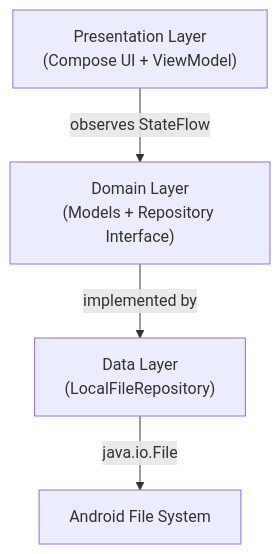
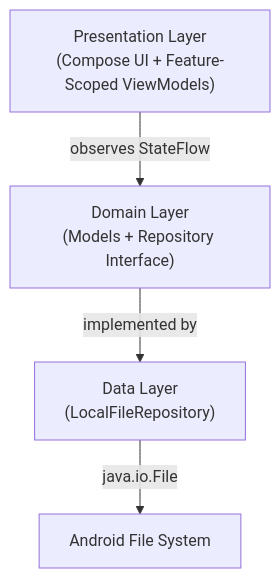
Before and after one commit to qtremors/arcile: the diagram in DEVELOPMENT.md, drawn with Mermaid. The commit also changed other lines of this file and 15 other files, not shown here.

````diff
--- a/DEVELOPMENT.md
+++ b/DEVELOPMENT.md
@@ -33,6 +33,6 @@
 ```mermaid
 graph TD
-    A["Presentation Layer<br/>(Compose UI + ViewModel)"] -->|observes StateFlow| B["Domain Layer<br/>(Models + Repository Interface)"]
+    A["Presentation Layer<br/>(Compose UI + Feature-Scoped ViewModels)"] -->|observes StateFlow| B["Domain Layer<br/>(Models + Repository Interface)"]
     B -->|implemented by| C["Data Layer<br/>(LocalFileRepository)"]
     C -->|java.io.File| D["Android File System"]
 ```
````
